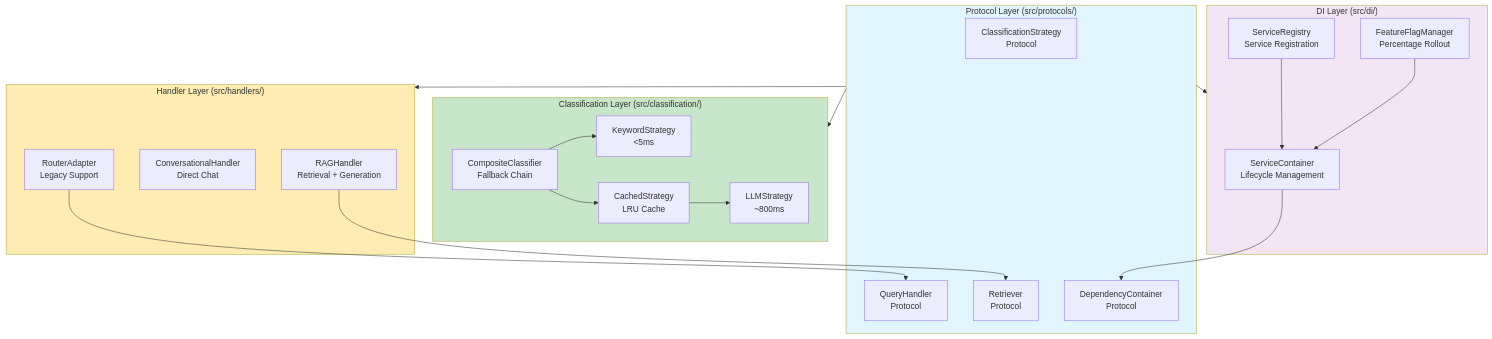
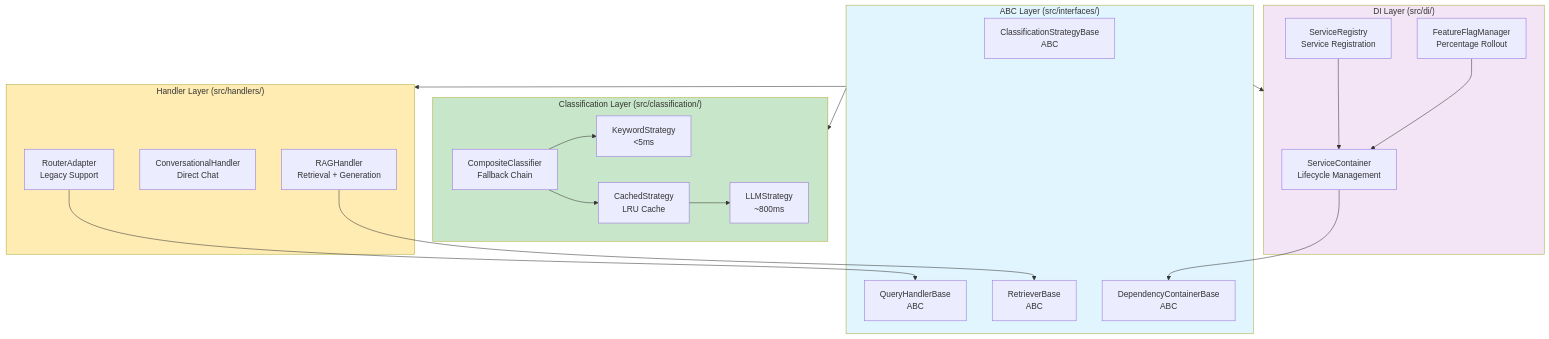
The second of 4 diagrams in docs/system-architecture.md (vuongngochau2004/kira), drawn with Mermaid before and after one commit. The commit also changed other lines of this file and 13 other files, not shown here.

````diff
--- a/docs/system-architecture.md
+++ b/docs/system-architecture.md
@@ -112,48 +112,48 @@
 ```mermaid
 graph TB
-    subgraph Protocols["Protocol Layer (src/protocols/)"]
-        ClassProtocol[ClassificationStrategy<br/>Protocol]
-        HandlerProtocol[QueryHandler<br/>Protocol]
-        RetrieverProtocol[Retriever<br/>Protocol]
-        ContainerProtocol[DependencyContainer<br/>Protocol]
+    subgraph Interfaces["ABC Layer (src/interfaces/)"]
+        ClassABC[ClassificationStrategyBase<br/>ABC]
+        HandlerABC[QueryHandlerBase<br/>ABC]
+        RetrieverABC[RetrieverBase<br/>ABC]
+        ContainerABC[DependencyContainerBase<br/>ABC]
     end
 
     subgraph Classification["Classification Layer (src/classification/)"]
         Composite[CompositeClassifier<br/>Fallback Chain]
         Keyword[KeywordStrategy<br/>&lt;5ms]
         Cached[CachedStrategy<br/>LRU Cache]
         LLMClass[LLMStrategy<br/>~800ms]
     end
 
     subgraph Handlers["Handler Layer (src/handlers/)"]
         RAGHandler[RAGHandler<br/>Retrieval + Generation]
         ConvHandler[ConversationalHandler<br/>Direct Chat]
         Adapter[RouterAdapter<br/>Legacy Support]
     end
 
     subgraph DI["DI Layer (src/di/)"]
         Container[ServiceContainer<br/>Lifecycle Management]
         Registry[ServiceRegistry<br/>Service Registration]
         FeatureFlags[FeatureFlagManager<br/>Percentage Rollout]
     end
 
-    Protocols --> Classification
-    Protocols --> Handlers
-    Protocols --> DI
+    Interfaces --> Classification
+    Interfaces --> Handlers
+    Interfaces --> DI
 
     Composite --> Keyword
     Composite --> Cached
     Cached --> LLMClass
 
-    RAGHandler --> RetrieverProtocol
-    Adapter --> HandlerProtocol
+    RAGHandler --> RetrieverABC
+    Adapter --> HandlerABC
 
-    Container --> ContainerProtocol
+    Container --> ContainerABC
     Registry --> Container
     FeatureFlags --> Container
 
-    style Protocols fill:#e1f5fe
+    style Interfaces fill:#e1f5fe
     style Classification fill:#c8e6c9
     style Handlers fill:#ffecb3
     style DI fill:#f3e5f5
 ```
````
